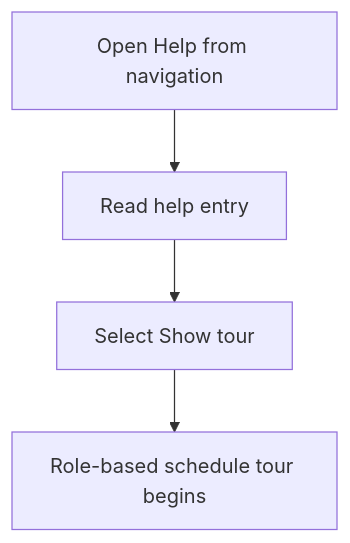
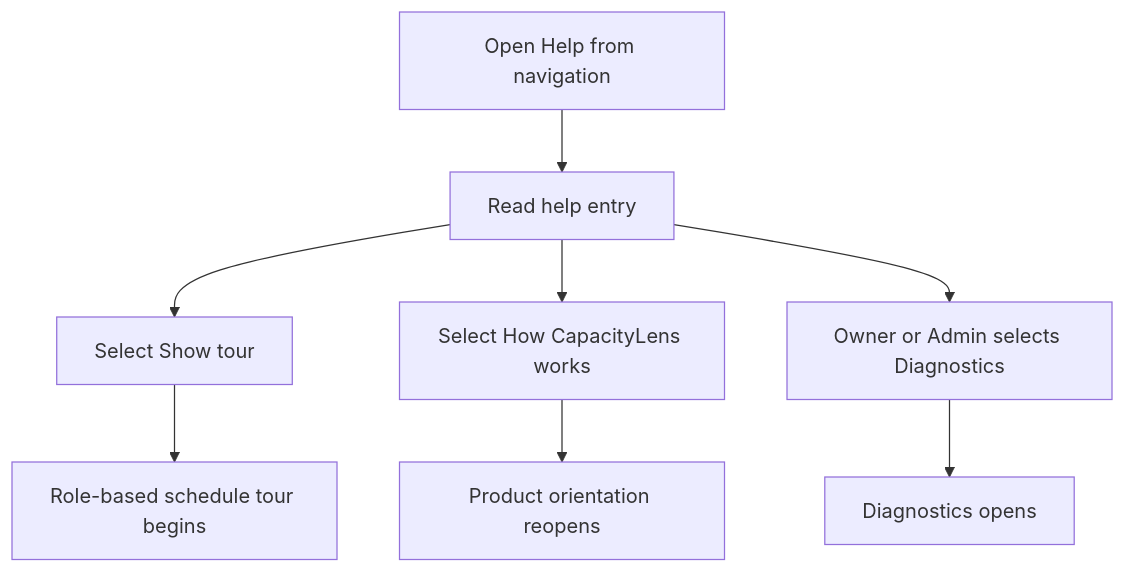
One commit to Kevinjohn/capacitylens changed the first of 2 diagrams in user-stories/navigation/US-NAV-16-help-and-role-tour.md. Above: the diagram before and after it, drawn with Mermaid. The commit also changed other lines of this file and 35 other files, not shown here.

````diff
--- a/user-stories/navigation/US-NAV-16-help-and-role-tour.md
+++ b/user-stories/navigation/US-NAV-16-help-and-role-tour.md
@@ -21,10 +21,18 @@
 ```mermaid
 flowchart TD
   human1["Open Help from navigation"]
   human2["Read help entry"]
   human3["Select Show tour"]
   human4["Role-based schedule tour begins"]
+  human5["Select How CapacityLens works"]
+  human6["Product orientation reopens"]
+  human7["Owner or Admin selects Diagnostics"]
+  human8["Diagnostics opens"]
   human1 --> human2
   human2 --> human3
   human3 --> human4
+  human2 --> human5
+  human5 --> human6
+  human2 --> human7
+  human7 --> human8
 ```
````
